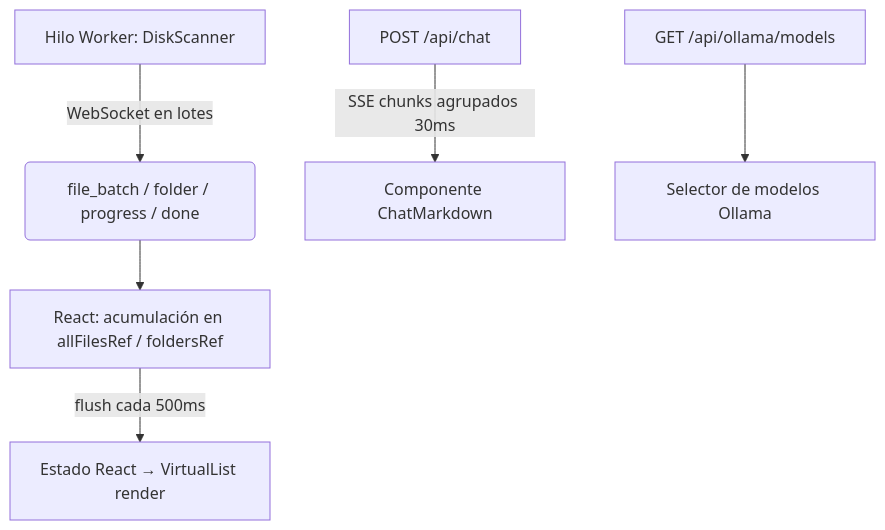
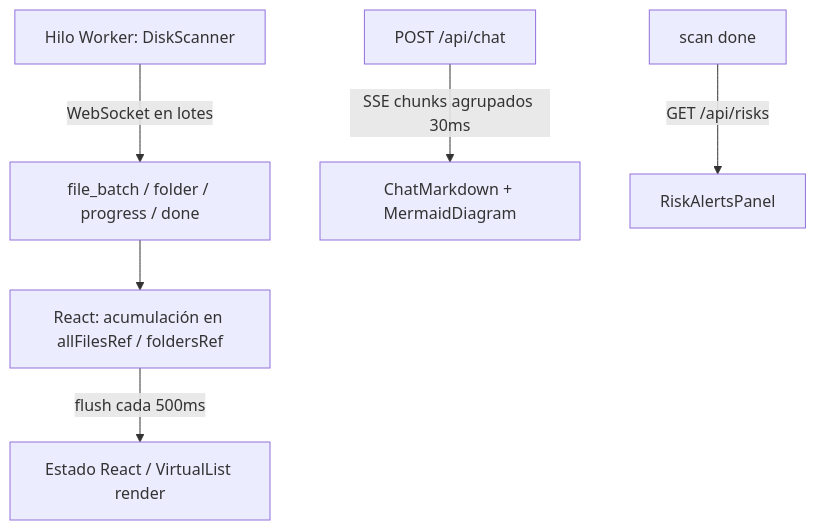
The second of 2 diagrams in README.md (Lizzen/disk_analyzer), drawn with Mermaid before and after one commit. The commit also changed other lines of this file and 6 other files, not shown here.

````diff
--- a/README.md
+++ b/README.md
@@ -489,8 +582,8 @@
 ```mermaid
-graph TD
-    A[Hilo Worker: DiskScanner] -->|WebSocket en lotes| B(file_batch / folder / progress / done)
+flowchart TD
+    A[Hilo Worker: DiskScanner] -->|WebSocket en lotes| B[file_batch / folder / progress / done]
     B --> C[React: acumulación en allFilesRef / foldersRef]
-    C -->|flush cada 500ms| D[Estado React → VirtualList render]
-    E[POST /api/chat] -->|SSE chunks agrupados 30ms| F[Componente ChatMarkdown]
-    G[GET /api/ollama/models] --> H[Selector de modelos Ollama]
+    C -->|flush cada 500ms| D[Estado React / VirtualList render]
+    E[POST /api/chat] -->|SSE chunks agrupados 30ms| F[ChatMarkdown + MermaidDiagram]
+    G[scan done] -->|GET /api/risks| H[RiskAlertsPanel]
 ```
````
